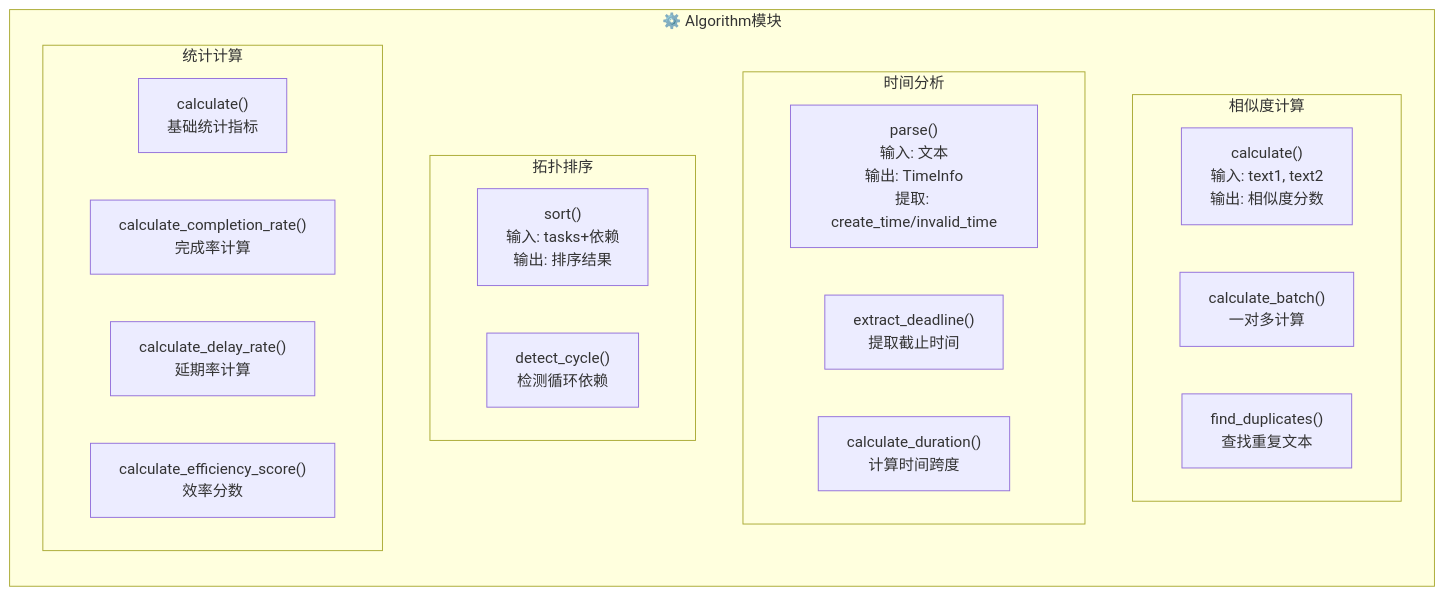
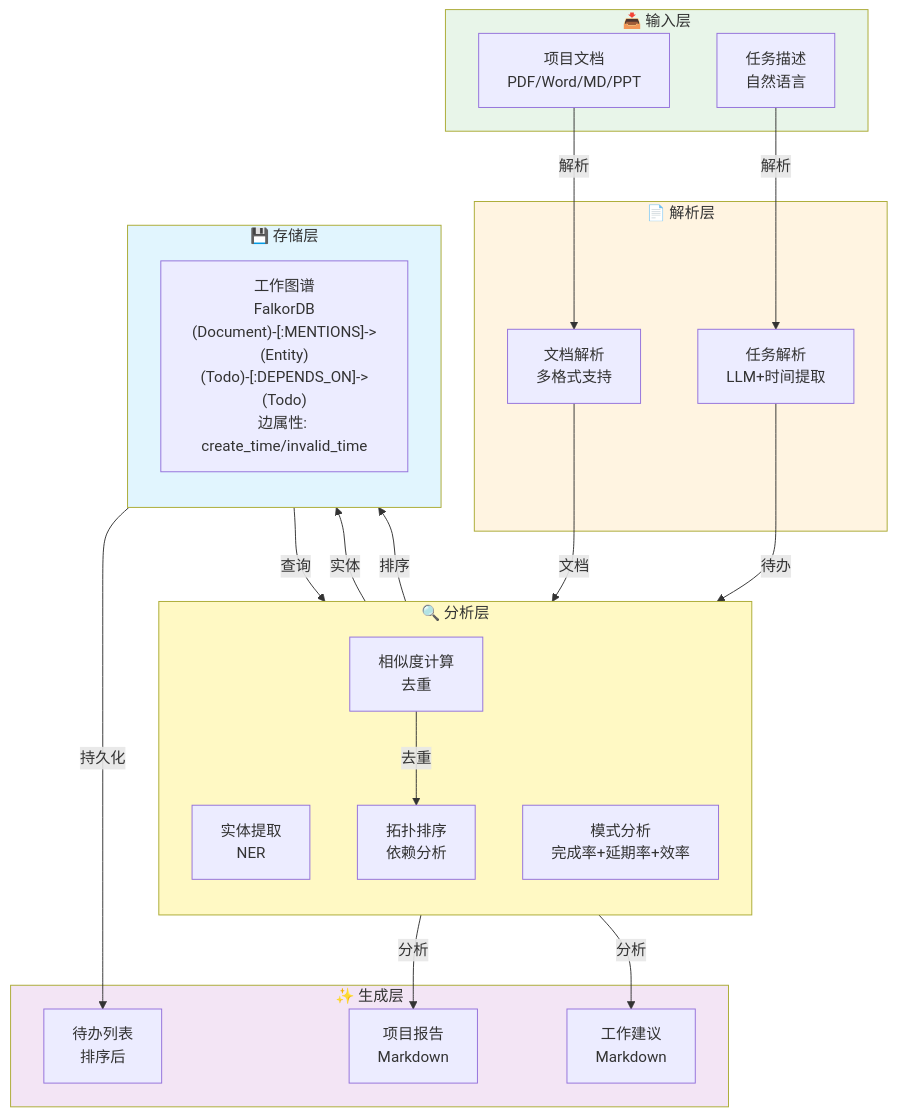
Before and after one commit to kailiangenn/another-me: diagram 14 of 14 in ame-doc/architecture.md, drawn with Mermaid. The commit also changed other lines of this file and 1 other file, not shown here.

````diff
--- a/ame-doc/architecture.md
+++ b/ame-doc/architecture.md
@@ -381,30 +1009,51 @@
 ```mermaid
-graph LR
-    subgraph Algorithm["⚙️ Algorithm模块"]
+graph TB
+    subgraph Input["📥 输入层"]
+        Files["项目文档<br/>PDF/Word/MD/PPT"]
+        Tasks["任务描述<br/>自然语言"]
+    end
+    
+    subgraph Parse["📄 解析层"]
+        DP["文档解析<br/>多格式支持"]
+        TP["任务解析<br/>LLM+时间提取"]
+    end
+    
+    subgraph Analysis["🔍 分析层"]
         direction TB
-        
-        subgraph SimilarityCalculator["相似度计算"]
-            SC1["calculate()<br/>输入: text1, text2<br/>输出: 相似度分数"]
-            SC2["calculate_batch()<br/>一对多计算"]
-            SC3["find_duplicates()<br/>查找重复文本"]
-        end
-        
-        subgraph TimeAnalyzer["时间分析"]
-            TA1["parse()<br/>输入: 文本<br/>输出: TimeInfo<br/>提取: create_time/invalid_time"]
-            TA2["extract_deadline()<br/>提取截止时间"]
-            TA3["calculate_duration()<br/>计算时间跨度"]
-        end
-        
-        subgraph TopologicalSorter["拓扑排序"]
-            TS1["sort()<br/>输入: tasks+依赖<br/>输出: 排序结果"]
-            TS2["detect_cycle()<br/>检测循环依赖"]
-        end
-        
-        subgraph StatisticsCalculator["统计计算"]
-            ST1["calculate()<br/>基础统计指标"]
-            ST2["calculate_completion_rate()<br/>完成率计算"]
-            ST3["calculate_delay_rate()<br/>延期率计算"]
-            ST4["calculate_efficiency_score()<br/>效率分数"]
-        end
+        EA["实体提取<br/>NER"]
+        SA["相似度计算<br/>去重"]
+        TopoSort["拓扑排序<br/>依赖分析"]
+        Pattern["模式分析<br/>完成率+延期率+效率"]
     end
+    
+    subgraph Storage["💾 存储层"]
+        direction TB
+        WorkGraph["工作图谱<br/>FalkorDB<br/>(Document)-[:MENTIONS]->(Entity)<br/>(Todo)-[:DEPENDS_ON]->(Todo)<br/>边属性: create_time/invalid_time"]
+    end
+    
+    subgraph Generation["✨ 生成层"]
+        Report["项目报告<br/>Markdown"]
+        TodoList["待办列表<br/>排序后"]
+        Advice["工作建议<br/>Markdown"]
+    end
+    
+    Files -->|解析| DP
+    DP -->|文档| EA
+    EA -->|实体| WorkGraph
+    EA -->|分析| Report
+    
+    Tasks -->|解析| TP
+    TP -->|待办| SA
+    SA -->|去重| TopoSort
+    TopoSort -->|排序| WorkGraph
+    WorkGraph -->|持久化| TodoList
+    
+    WorkGraph -->|查询| Pattern
+    Pattern -->|分析| Advice
+    
+    style Input fill:#e8f5e9
+    style Parse fill:#fff4e1
+    style Analysis fill:#fff9c4
+    style Storage fill:#e1f5fe
+    style Generation fill:#f3e5f5
 ```
````
